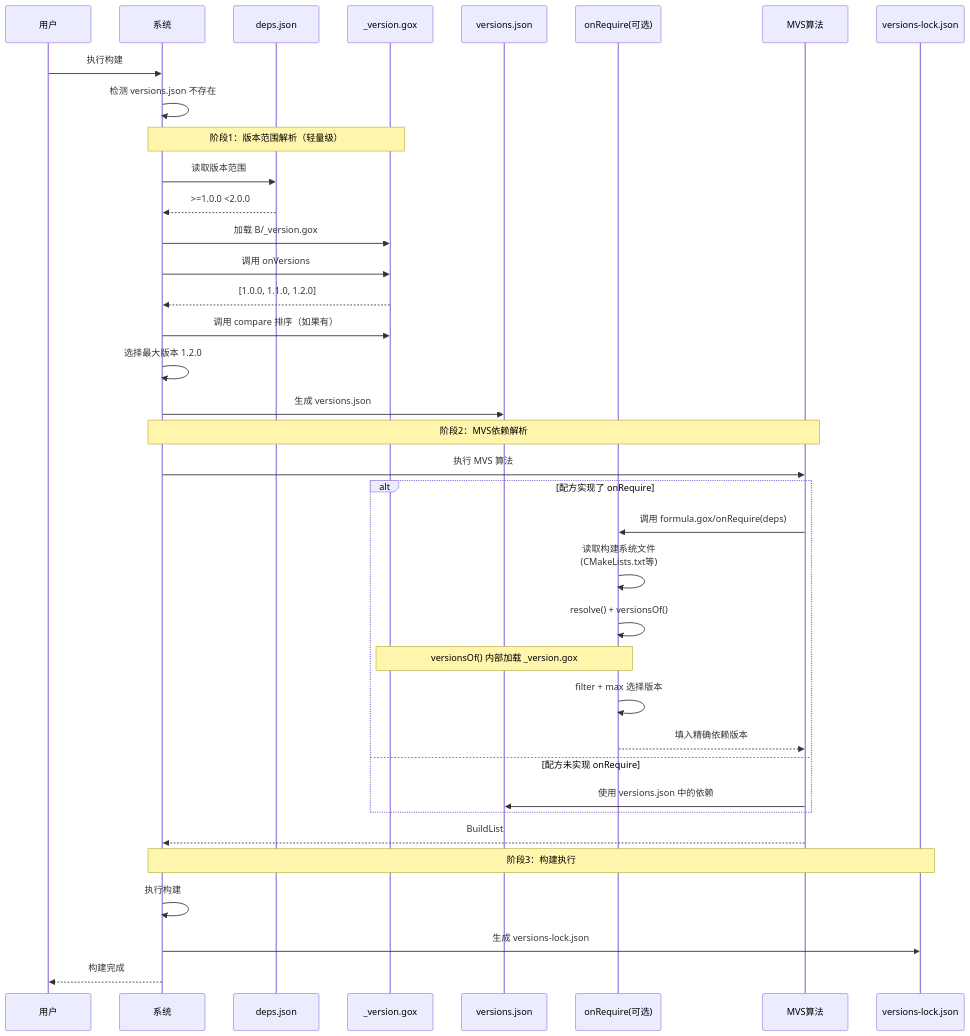
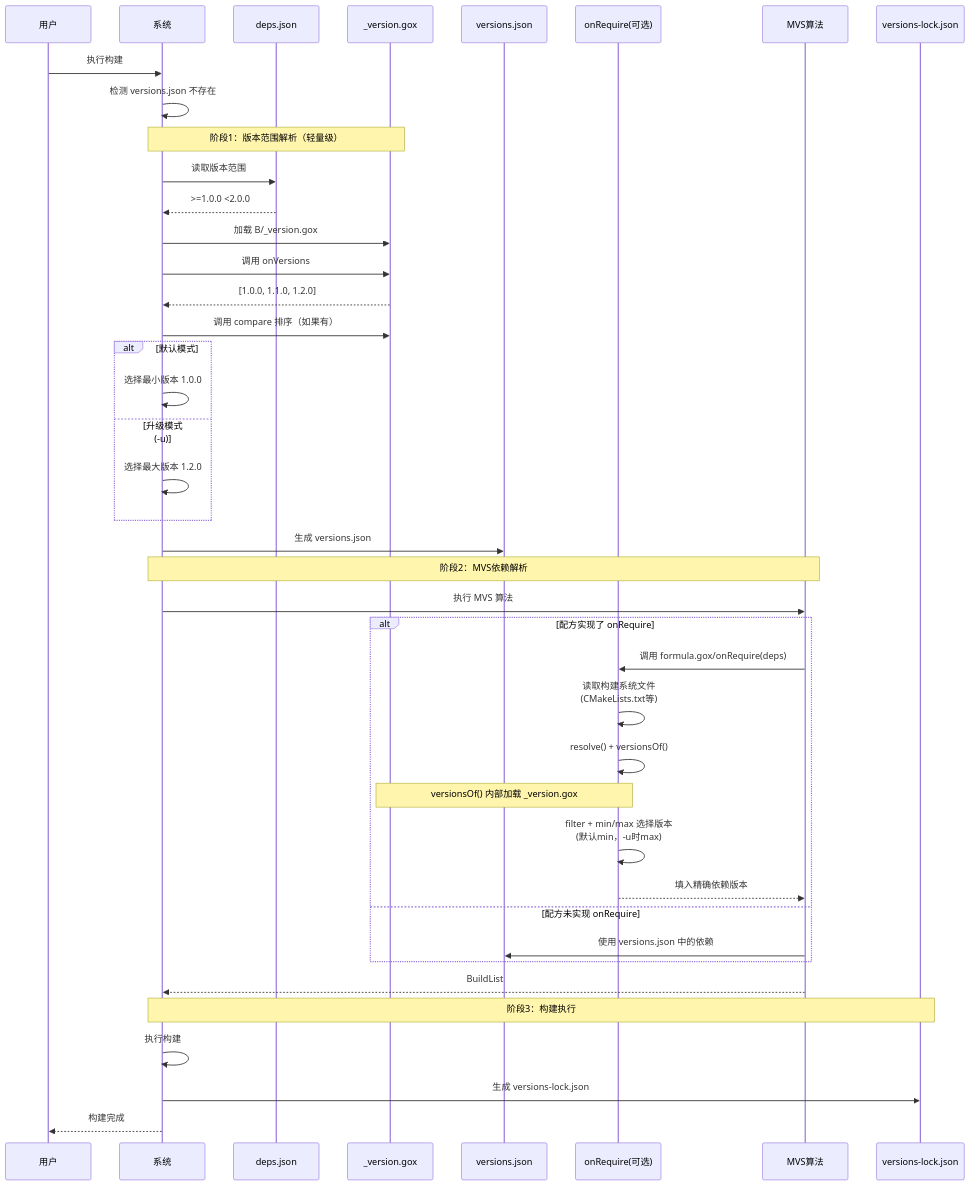
Diagram 11 of 13 in docs/version-management-user-stories.md (goplus/llar), drawn with Mermaid before and after one commit. The commit also changed other lines of this file and 4 other files, not shown here.

````diff
--- a/docs/version-management-user-stories.md
+++ b/docs/version-management-user-stories.md
@@ -653,45 +664,49 @@
 ```mermaid
 sequenceDiagram
     participant U as 用户
     participant S as 系统
     participant D as deps.json
     participant VF as _version.gox
     participant V as versions.json
     participant OR as onRequire(可选)
     participant MVS as MVS算法
     participant L as versions-lock.json
 
     U->>S: 执行构建
     S->>S: 检测 versions.json 不存在
 
     Note over S,VF: 阶段1：版本范围解析（轻量级）
     S->>D: 读取版本范围
     D-->>S: >=1.0.0 <2.0.0
     S->>VF: 加载 B/_version.gox
     S->>VF: 调用 onVersions
     VF-->>S: [1.0.0, 1.1.0, 1.2.0]
     S->>VF: 调用 compare 排序（如果有）
-    S->>S: 选择最大版本 1.2.0
+    alt 默认模式
+        S->>S: 选择最小版本 1.0.0
+    else 升级模式 (-u)
+        S->>S: 选择最大版本 1.2.0
+    end
     S->>V: 生成 versions.json
 
     Note over S,MVS: 阶段2：MVS依赖解析
     S->>MVS: 执行 MVS 算法
 
     alt 配方实现了 onRequire
         MVS->>OR: 调用 formula.gox/onRequire(deps)
         OR->>OR: 读取构建系统文件<br/>(CMakeLists.txt等)
         OR->>OR: resolve() + versionsOf()
         Note over OR,VF: versionsOf() 内部加载 _version.gox
-        OR->>OR: filter + max 选择版本
+        OR->>OR: filter + min/max 选择版本<br/>(默认min，-u时max)
         OR-->>MVS: 填入精确依赖版本
     else 配方未实现 onRequire
         MVS->>V: 使用 versions.json 中的依赖
     end
 
     MVS-->>S: BuildList
 
     Note over S,L: 阶段3：构建执行
     S->>S: 执行构建
     S->>L: 生成 versions-lock.json
     S-->>U: 构建完成
 ```
````
